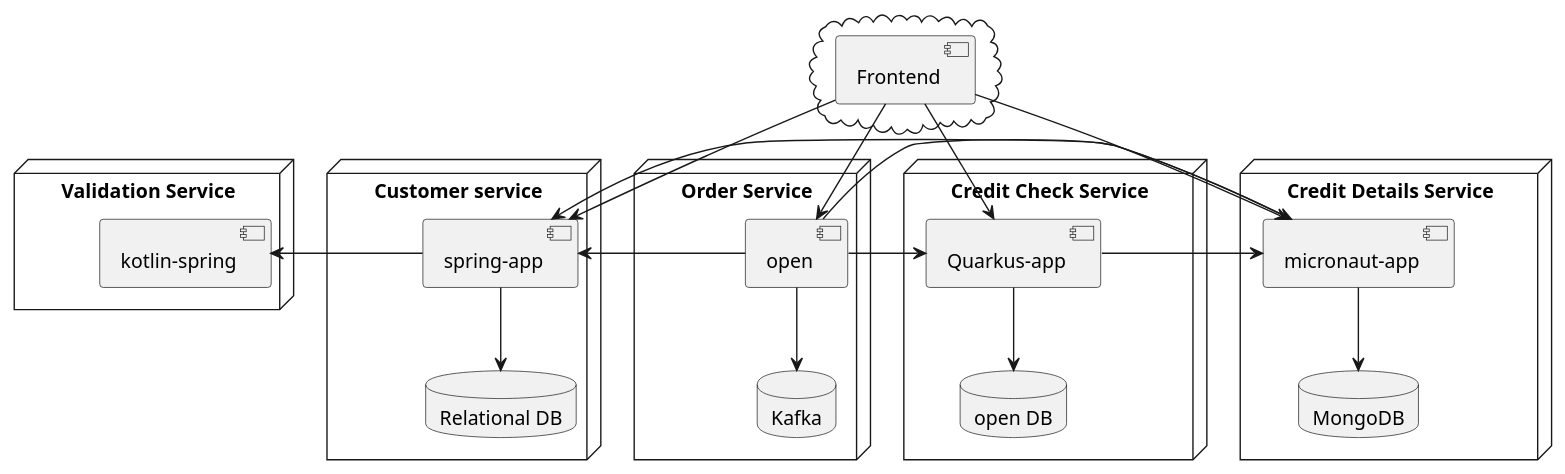
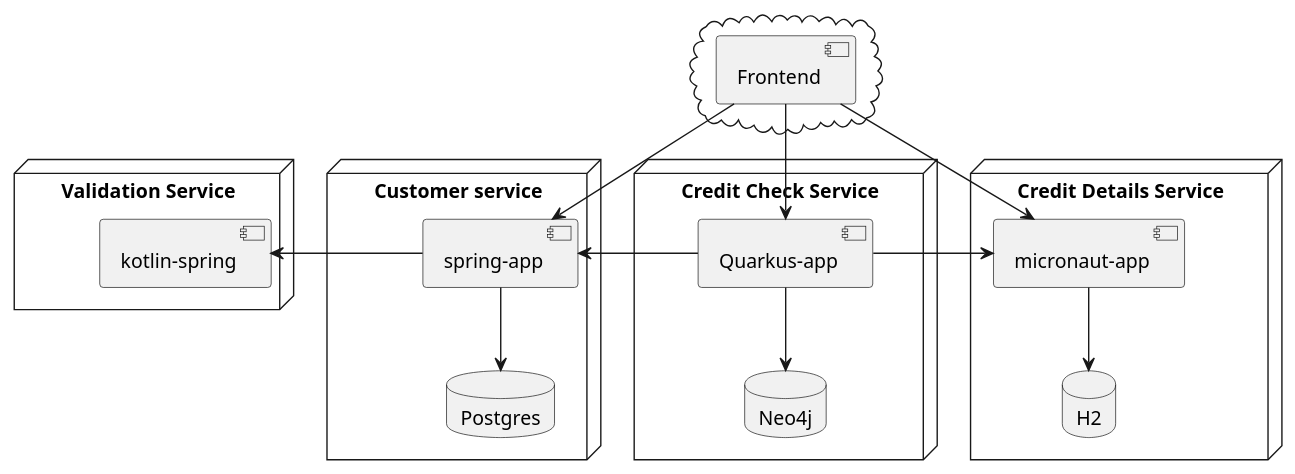
One commit to senacor/GraalVM-native-image-innoLab changed the diagram in docs/arch.puml. Above: the diagram before and after it, drawn with PlantUML.

Commit message:
Get architecture diagram up to date

```diff
--- a/docs/arch.puml
+++ b/docs/arch.puml
@@ -1,60 +1,38 @@
 @startuml
 cloud {
 [Frontend]
 }
 node "Customer service"{
 [spring-app]
-database "Relational DB"
+database "Postgres"
 }
 
 node "Validation Service" {
 [kotlin-spring]
 }
 
-
-
-
 node "Credit Details Service" {
 [micronaut-app]
-database "MongoDB"
+database "H2"
 }
 
 node "Credit Check Service" {
 [Quarkus-app]
-database "open DB"
+database "Neo4j"
 
 }
-
-node "Order Service" {
-[open]
-database "Kafka"
-}
-
-
-database "MongoDB"
-
-
-
-
-
 
 [Frontend] -down-> [spring-app]
 [Frontend] -down-> [micronaut-app]
 [Frontend] -down-> [Quarkus-app]
-[Frontend] -down-> [open]
 
 [spring-app] -left-> [kotlin-spring]
-[spring-app] -down-> [Relational DB]
-
-[open] -> [spring-app]
-[open] -> [Quarkus-app]
-[open] -> [micronaut-app]
-[open] -down-> [Kafka]
+[spring-app] -down-> [Postgres]
 
 [Quarkus-app] ->  [micronaut-app]
-[Quarkus-app] -down->  [open DB]
+[Quarkus-app] ->  [spring-app]
+[Quarkus-app] -down->  [Neo4j]
 
-[micronaut-app] ->  [spring-app]
-[micronaut-app] -down->  [MongoDB]
+[micronaut-app] -down->  [H2]
 
 @enduml
```
